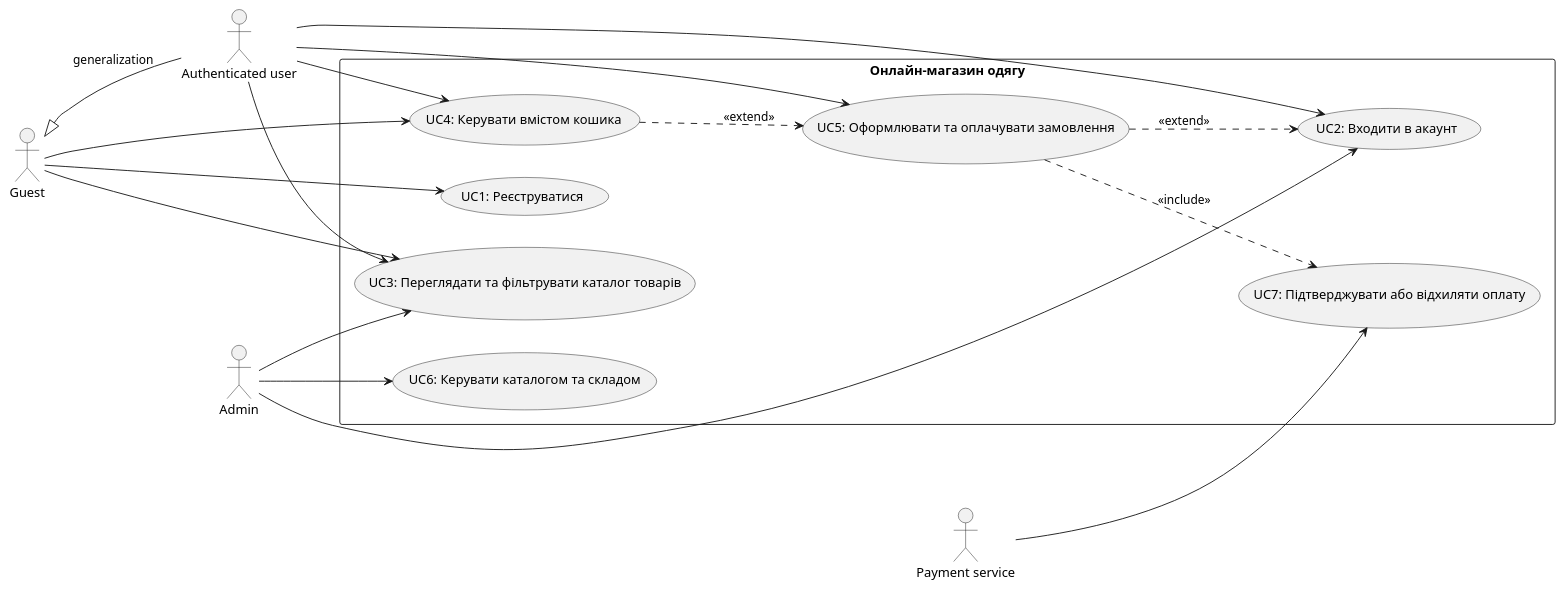
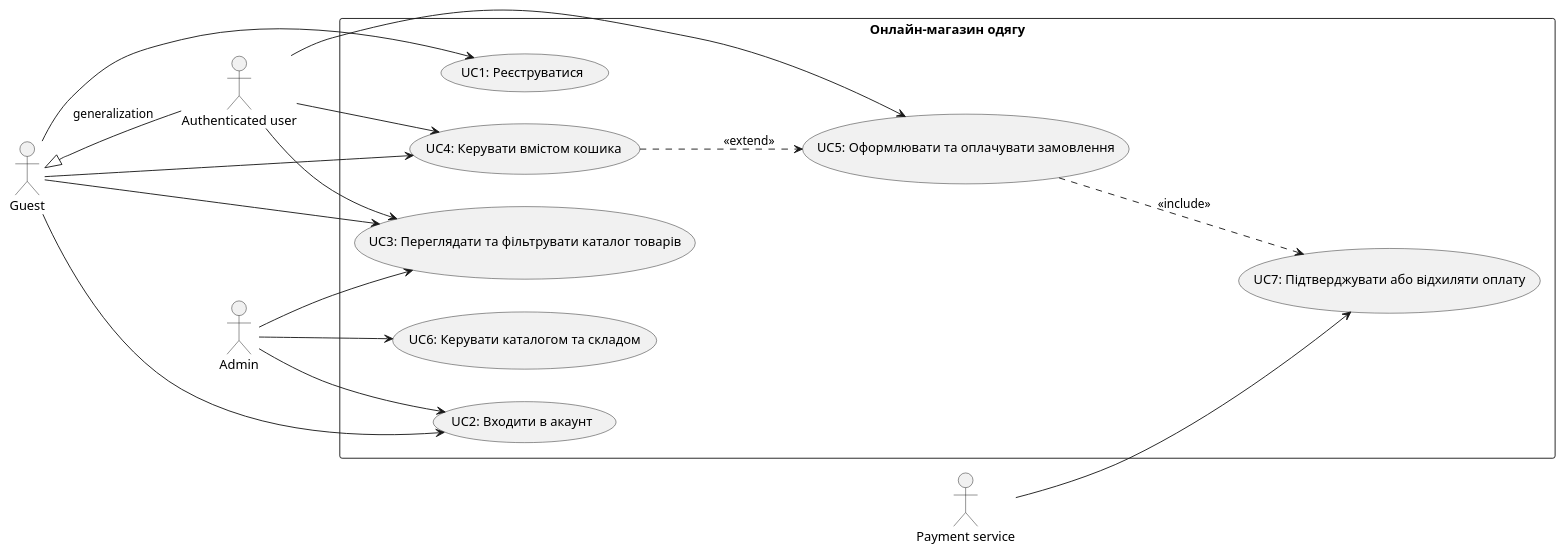
The diagram in lab2/use-case.puml (Mariakolodchenkoi/KPI-labs), drawn with PlantUML before and after one commit.

Commit message:
виправлення помилок

```diff
--- a/lab2/use-case.puml
+++ b/lab2/use-case.puml
@@ -1,41 +1,40 @@
 @startuml
 left to right direction
 skinparam packageStyle rectangle
 
 actor Guest as "Guest"
 actor AuthUser as "Authenticated user"
 actor Admin as "Admin"
 actor PaymentService as "Payment service"
 
 Guest <|-- AuthUser : generalization
 
 rectangle "Онлайн-магазин одягу" {
     usecase "UC1: Реєструватися" as UC1
     usecase "UC2: Входити в акаунт" as UC2
     usecase "UC3: Переглядати та фільтрувати каталог товарів" as UC3
     usecase "UC4: Керувати вмістом кошика" as UC4
     usecase "UC5: Оформлювати та оплачувати замовлення" as UC5
     usecase "UC6: Керувати каталогом та складом" as UC6
     usecase "UC7: Підтверджувати або відхиляти оплату" as UC7
 }
 
 Guest --> UC1  
+Guest --> UC2
 Guest --> UC3
 Guest --> UC4
 
-AuthUser --> UC2
 AuthUser --> UC3
 AuthUser --> UC4
 AuthUser --> UC5
 
 Admin --> UC2
 Admin --> UC3
 Admin --> UC6
 
 PaymentService --> UC7
 
 UC5 ..> UC7 : <<include>>
 UC4 ..> UC5 : <<extend>>
-UC5 ..> UC2 : <<extend>>  
 
 @enduml
```
